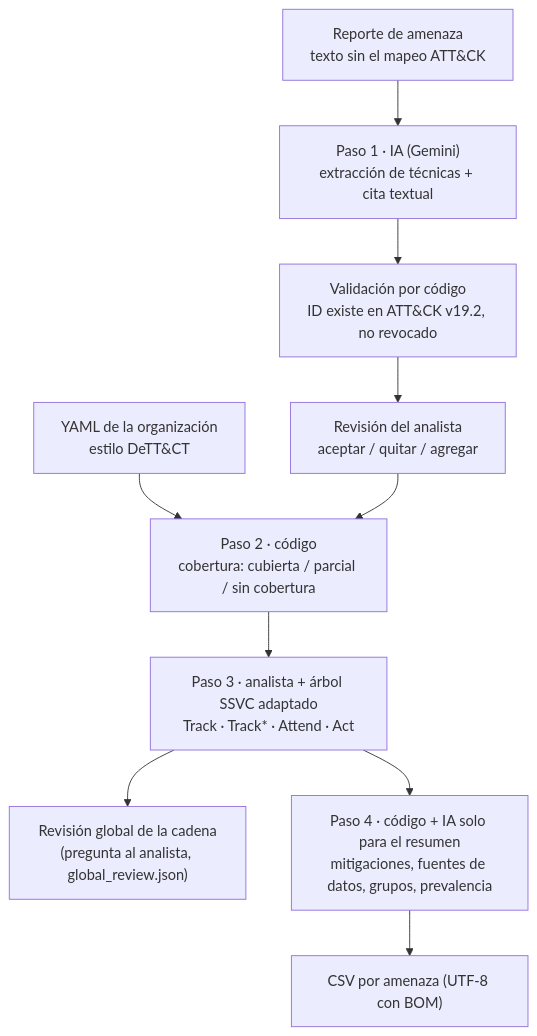
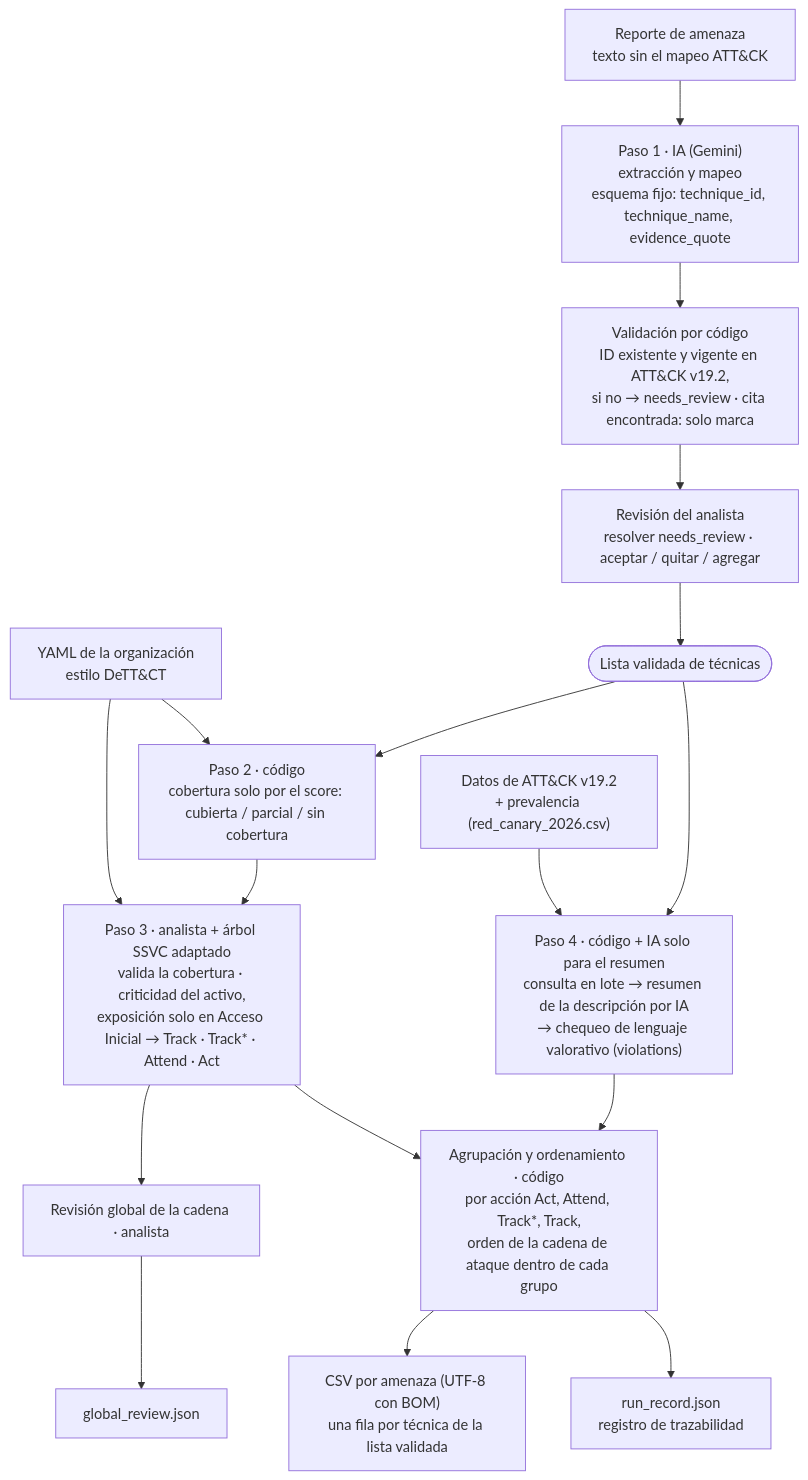
One commit to Mumogg/attack-exposure-model changed the diagram in README.es.md. Above: the diagram before and after it, drawn with Mermaid. The commit also changed other lines of this file and 1 other file, not shown here.

Commit message:
docs: align README flow diagram and step table with the code
Step 4 branches from the validated list (not from step 3); steps 3 and 4
join at the grouping/output stage; the global review only writes
global_review.json. Code validation (needs_review, quote flag only),
score-only coverage, regulated-data display, the evaluative-language
check, the empty prevalence CSV (D-78), analyst modes and run_record.json
are now described in both READMEs.

````diff
--- a/README.es.md
+++ b/README.es.md
@@ -33,12 +33,19 @@
 ```mermaid
 flowchart TD
-    R[Reporte de amenaza<br/>texto sin el mapeo ATT&CK] --> P1
-    O[YAML de la organización<br/>estilo DeTT&CT] --> P2
-    P1["Paso 1 · IA (Gemini)<br/>extracción de técnicas + cita textual"] --> V["Validación por código<br/>ID existe en ATT&CK v19.2, no revocado"]
-    V --> A1["Revisión del analista<br/>aceptar / quitar / agregar"]
-    A1 --> P2["Paso 2 · código<br/>cobertura: cubierta / parcial / sin cobertura"]
-    P2 --> P3["Paso 3 · analista + árbol SSVC adaptado<br/>Track · Track* · Attend · Act"]
-    P3 --> G["Revisión global de la cadena<br/>(pregunta al analista, global_review.json)"]
-    P3 --> P4["Paso 4 · código + IA solo para el resumen<br/>mitigaciones, fuentes de datos, grupos, prevalencia"]
-    P4 --> CSV["CSV por amenaza (UTF-8 con BOM)"]
+    R["Reporte de amenaza<br/>texto sin el mapeo ATT&CK"] --> P1
+    P1["Paso 1 · IA (Gemini)<br/>extracción y mapeo<br/>esquema fijo: technique_id, technique_name, evidence_quote"] --> V["Validación por código<br/>ID existente y vigente en ATT&CK v19.2,<br/>si no → needs_review · cita encontrada: solo marca"]
+    V --> A1["Revisión del analista<br/>resolver needs_review · aceptar / quitar / agregar"]
+    A1 --> L(["Lista validada de técnicas"])
+    O["YAML de la organización<br/>estilo DeTT&CT"] --> P2
+    O --> P3
+    L --> P2["Paso 2 · código<br/>cobertura solo por el score: cubierta / parcial / sin cobertura"]
+    P2 --> P3["Paso 3 · analista + árbol SSVC adaptado<br/>valida la cobertura · criticidad del activo,<br/>exposición solo en Acceso Inicial → Track · Track* · Attend · Act"]
+    P3 --> G["Revisión global de la cadena · analista"]
+    G --> GJ["global_review.json"]
+    K["Datos de ATT&CK v19.2<br/>+ prevalencia (red_canary_2026.csv)"] --> P4
+    L --> P4["Paso 4 · código + IA solo para el resumen<br/>consulta en lote → resumen de la descripción por IA<br/>→ chequeo de lenguaje valorativo (violations)"]
+    P3 --> S["Agrupación y ordenamiento · código<br/>por acción Act, Attend, Track*, Track,<br/>orden de la cadena de ataque dentro de cada grupo"]
+    P4 --> S
+    S --> CSV["CSV por amenaza (UTF-8 con BOM)<br/>una fila por técnica de la lista validada"]
+    S --> RR["run_record.json<br/>registro de trazabilidad"]
 ```
````
